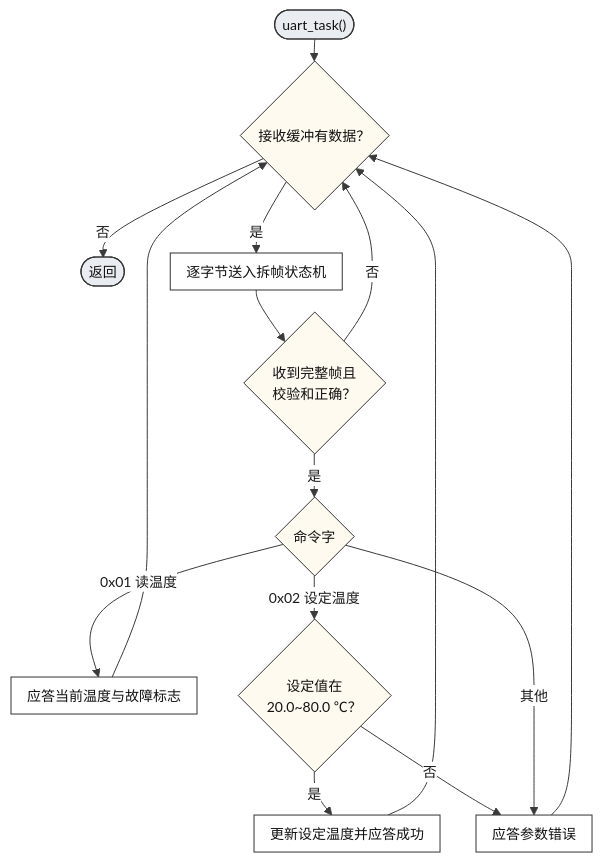
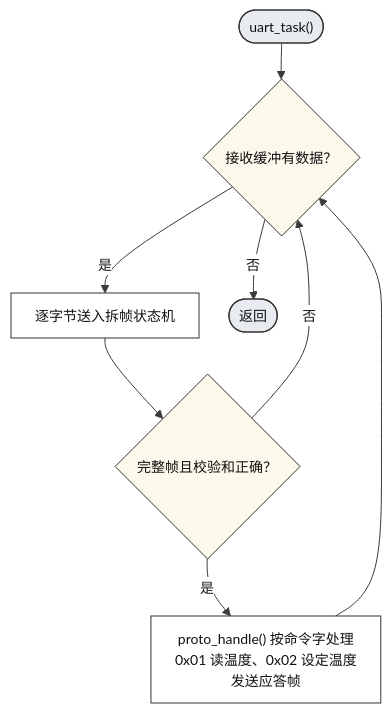
One commit to 7toCR/code2ruanzhu changed the diagram in skills/ruanzhu-docs/assets/example/flowcharts/04_串口通信.mmd. Above: the diagram before and after it, drawn with Mermaid. The commit also changed 50 other files, not shown here.

```diff
--- a/skills/ruanzhu-docs/assets/example/flowcharts/04_串口通信.mmd
+++ b/skills/ruanzhu-docs/assets/example/flowcharts/04_串口通信.mmd
@@ -1,45 +1,37 @@
 ---
 config:
   theme: base
-  fontFamily: "Microsoft YaHei, PingFang SC, Noto Sans CJK SC, sans-serif"
+  fontFamily: "Noto Sans CJK SC, Microsoft YaHei, PingFang SC, sans-serif"
   themeVariables:
     fontSize: 14px
     primaryColor: "#ffffff"
     primaryTextColor: "#1a1a1a"
     primaryBorderColor: "#333333"
     lineColor: "#3a3a3a"
-    clusterBorder: "#9aa3ad"
     edgeLabelBackground: "#ffffff"
   flowchart:
     useMaxWidth: false
     curve: basis
-    nodeSpacing: 26
-    rankSpacing: 22
-    padding: 8
+    nodeSpacing: 30
+    rankSpacing: 36
+    padding: 12
 ---
 %% 图 04 串口通信（主要代码依据：app/uart_proto.c 的 uart_task()、proto_handle()）
 flowchart TB
-  A(["uart_task()"]) --> B{"接收缓冲有数据？"}
-  B -->|"否"| Z(["返回"])
-  B -->|"是"| C["逐字节送入拆帧状态机"]
-  C --> D{"收到完整帧且<br/>校验和正确？"}
-  D -->|"否"| B
-  D -->|"是"| E{"命令字"}
-  E -->|"0x01 读温度"| F["应答当前温度与故障标志"]
-  E -->|"0x02 设定温度"| G{"设定值在<br/>20.0~80.0 ℃？"}
-  G -->|"是"| H["更新设定温度并应答成功"]
-  G -->|"否"| I["应答参数错误"]
-  E -->|"其他"| I
-  F --> B
-  H --> B
-  I --> B
-  classDef term fill:#e9edf2,stroke:#333,stroke-width:1.2px,color:#111
+  A(["uart_task()"])
+  B{"接收缓冲有数据？"}
+  C["逐字节送入拆帧状态机"]
+  D{"完整帧且校验和正确？"}
+  E["proto_handle() 按命令字处理<br/>0x01 读温度、0x02 设定温度<br/>发送应答帧"]
+  Z(["返回"])
+  A --> B
+  B -->|否| Z
+  B -->|是| C --> D
+  D -->|否| B
+  D -->|是| E --> B
+  class A,Z term
+  class C,E proc
+  class B,D dec
+  classDef term fill:#e8ecf0,stroke:#333,stroke-width:1.2px,color:#111
   classDef proc fill:#ffffff,stroke:#333,stroke-width:1px,color:#111
-  classDef dec fill:#fffaf0,stroke:#333,stroke-width:1px,color:#111
-  classDef io fill:#eef4fb,stroke:#333,stroke-width:1px,color:#111
-  classDef sub fill:#f4f0fa,stroke:#333,stroke-width:1px,color:#111
-  classDef isr fill:#f4f0fa,stroke:#333,stroke-width:1.2px,color:#111
-  classDef join fill:#ffffff,stroke:#333,stroke-width:1px,color:#111,font-size:12px
-  class A,Z term
-  class C,F,H,I proc
-  class B,D,E,G dec
+  classDef dec fill:#fcf8ec,stroke:#333,stroke-width:1px,color:#111
```
